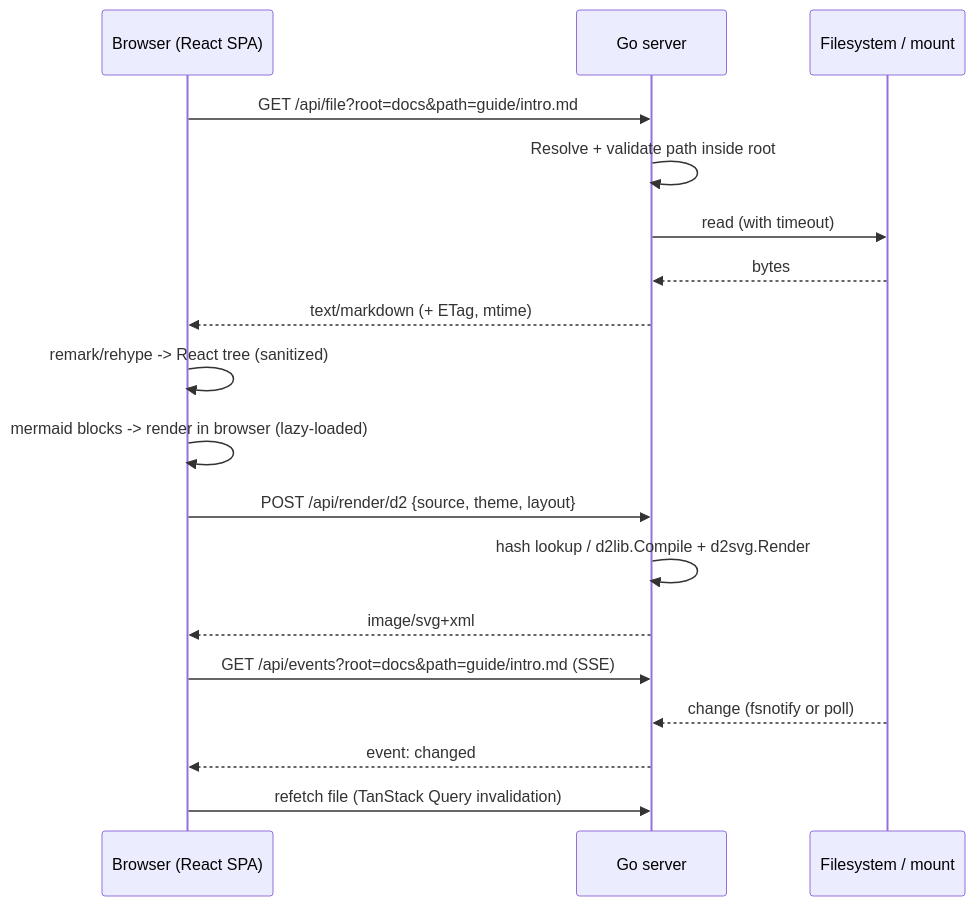
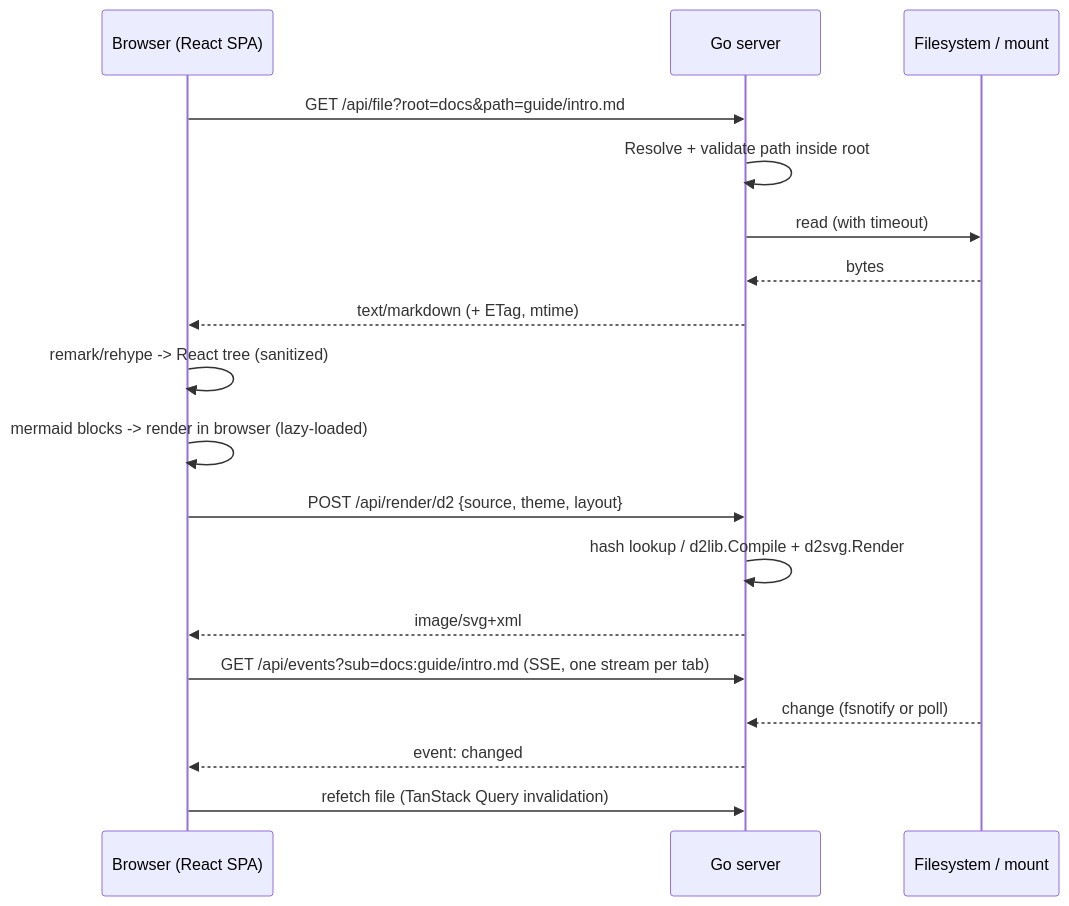
The second of 2 diagrams in docs/Architecture.md (awesomejt/markdown-viewer), drawn with Mermaid before and after one commit. The commit also changed other lines of this file, not shown here.

First line of the commit message:
docs(architecture): harden API contract per plan review

````diff
--- a/docs/Architecture.md
+++ b/docs/Architecture.md
@@ -41,21 +41,21 @@
 ```mermaid
 sequenceDiagram
     participant B as Browser (React SPA)
     participant S as Go server
     participant FS as Filesystem / mount
 
     B->>S: GET /api/file?root=docs&path=guide/intro.md
     S->>S: Resolve + validate path inside root
     S->>FS: read (with timeout)
     FS-->>S: bytes
     S-->>B: text/markdown (+ ETag, mtime)
     B->>B: remark/rehype -> React tree (sanitized)
     B->>B: mermaid blocks -> render in browser (lazy-loaded)
     B->>S: POST /api/render/d2 {source, theme, layout}
     S->>S: hash lookup / d2lib.Compile + d2svg.Render
     S-->>B: image/svg+xml
-    B->>S: GET /api/events?root=docs&path=guide/intro.md (SSE)
+    B->>S: GET /api/events?sub=docs:guide/intro.md (SSE, one stream per tab)
     FS-->>S: change (fsnotify or poll)
     S-->>B: event: changed
     B->>S: refetch file (TanStack Query invalidation)
 ```
````
